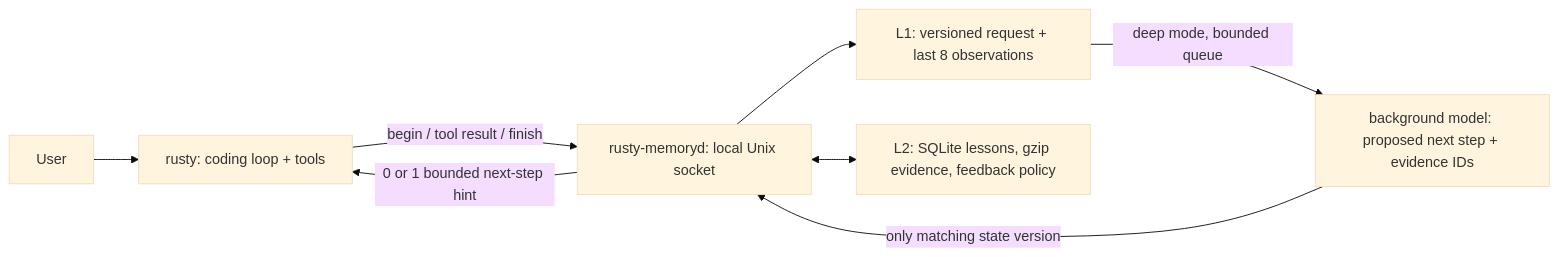
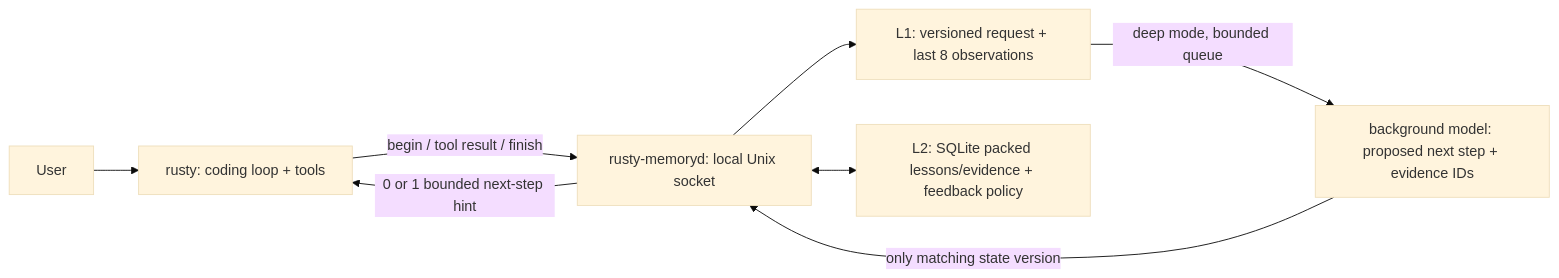
The diagram in docs/MEMORY.md (jadenfix/rusty), drawn with Mermaid (base theme) before and after one commit. The commit also changed other lines of this file and 18 other files, not shown here.

````diff
--- a/docs/MEMORY.md
+++ b/docs/MEMORY.md
@@ -26,10 +26,10 @@
 ```mermaid
 flowchart LR
   User --> Agent["rusty: coding loop + tools"]
   Agent -->|"begin / tool result / finish"| Service["rusty-memoryd: local Unix socket"]
   Service -->|"0 or 1 bounded next-step hint"| Agent
   Service --> L1["L1: versioned request + last 8 observations"]
-  Service <--> L2["L2: SQLite lessons, gzip evidence, feedback policy"]
+  Service <--> L2["L2: SQLite packed lessons/evidence + feedback policy"]
   L1 -->|"deep mode, bounded queue"| Teacher["background model: proposed next step + evidence IDs"]
   Teacher -->|"only matching state version"| Service
 ```
````
